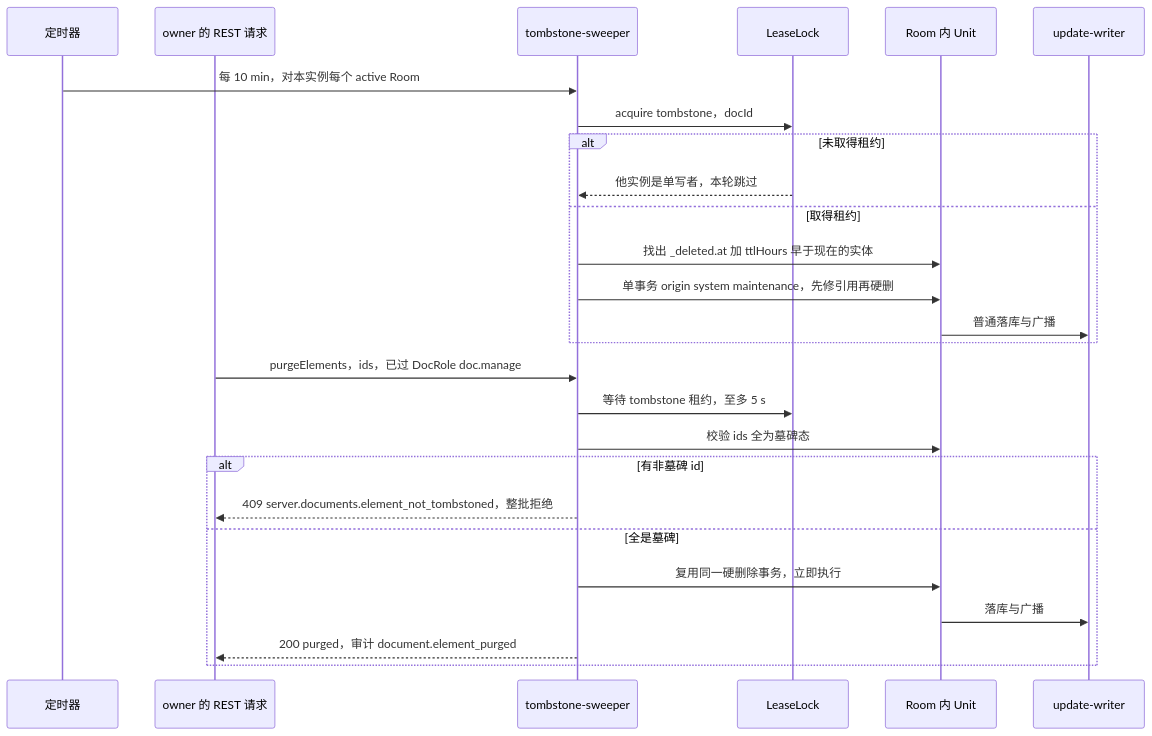
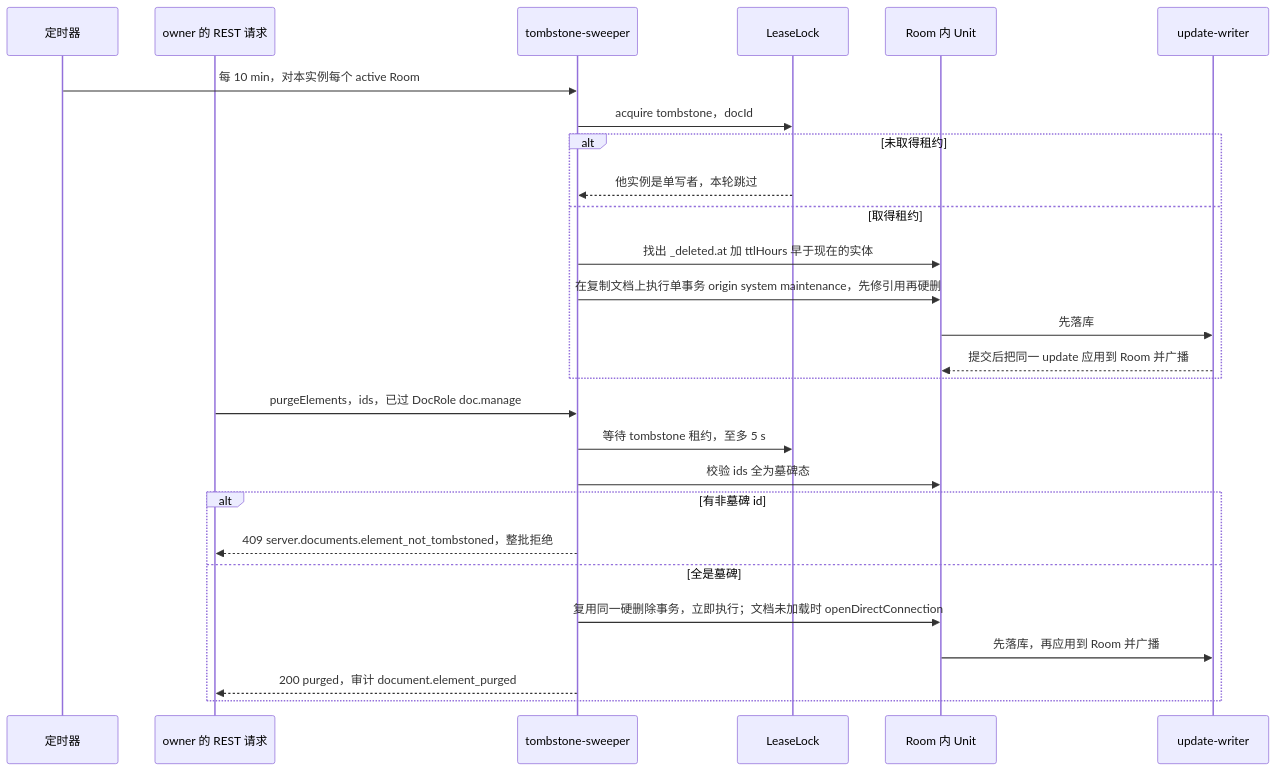
Before and after one commit to Xeonice/cordis-ppt-editor: the seventh of 9 diagrams in docs/60-backend/05-modules-collab-and-snapshots.md, drawn with Mermaid. The commit also changed other lines of this file and 19 other files, not shown here.

````diff
--- a/docs/60-backend/05-modules-collab-and-snapshots.md
+++ b/docs/60-backend/05-modules-collab-and-snapshots.md
@@ -469,28 +520,29 @@
 ```mermaid
 sequenceDiagram
   participant T as 定时器
   participant O as owner 的 REST 请求
   participant S as tombstone-sweeper
   participant L as LeaseLock
   participant R as Room 内 Unit
   participant W as update-writer
   T->>S: 每 10 min，对本实例每个 active Room
   S->>L: acquire tombstone，docId
   alt 未取得租约
     L-->>S: 他实例是单写者，本轮跳过
   else 取得租约
     S->>R: 找出 _deleted.at 加 ttlHours 早于现在的实体
-    S->>R: 单事务 origin system maintenance，先修引用再硬删
-    R->>W: 普通落库与广播
+    S->>R: 在复制文档上执行单事务 origin system maintenance，先修引用再硬删
+    R->>W: 先落库
+    W-->>R: 提交后把同一 update 应用到 Room 并广播
   end
   O->>S: purgeElements，ids，已过 DocRole doc.manage
   S->>L: 等待 tombstone 租约，至多 5 s
   S->>R: 校验 ids 全为墓碑态
   alt 有非墓碑 id
     S-->>O: 409 server.documents.element_not_tombstoned，整批拒绝
   else 全是墓碑
-    S->>R: 复用同一硬删除事务，立即执行
-    R->>W: 落库与广播
+    S->>R: 复用同一硬删除事务，立即执行；文档未加载时 openDirectConnection
+    R->>W: 先落库，再应用到 Room 并广播
     S-->>O: 200 purged，审计 document.element_purged
   end
 ```
````
